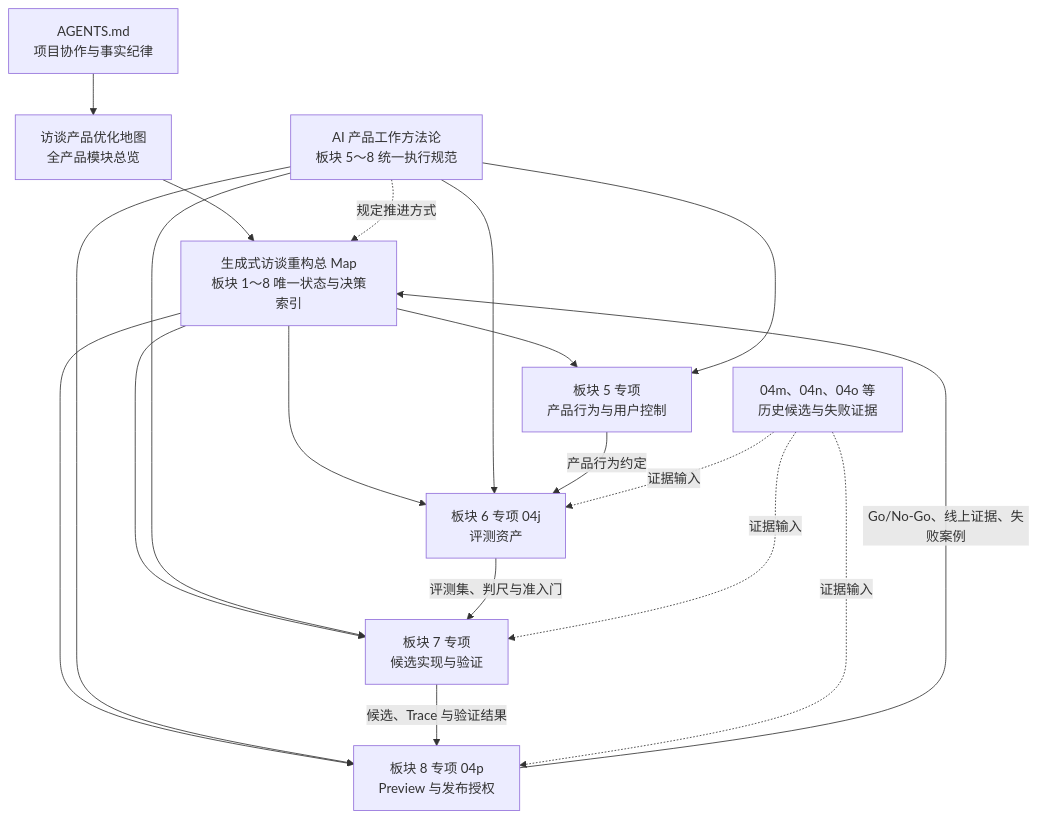
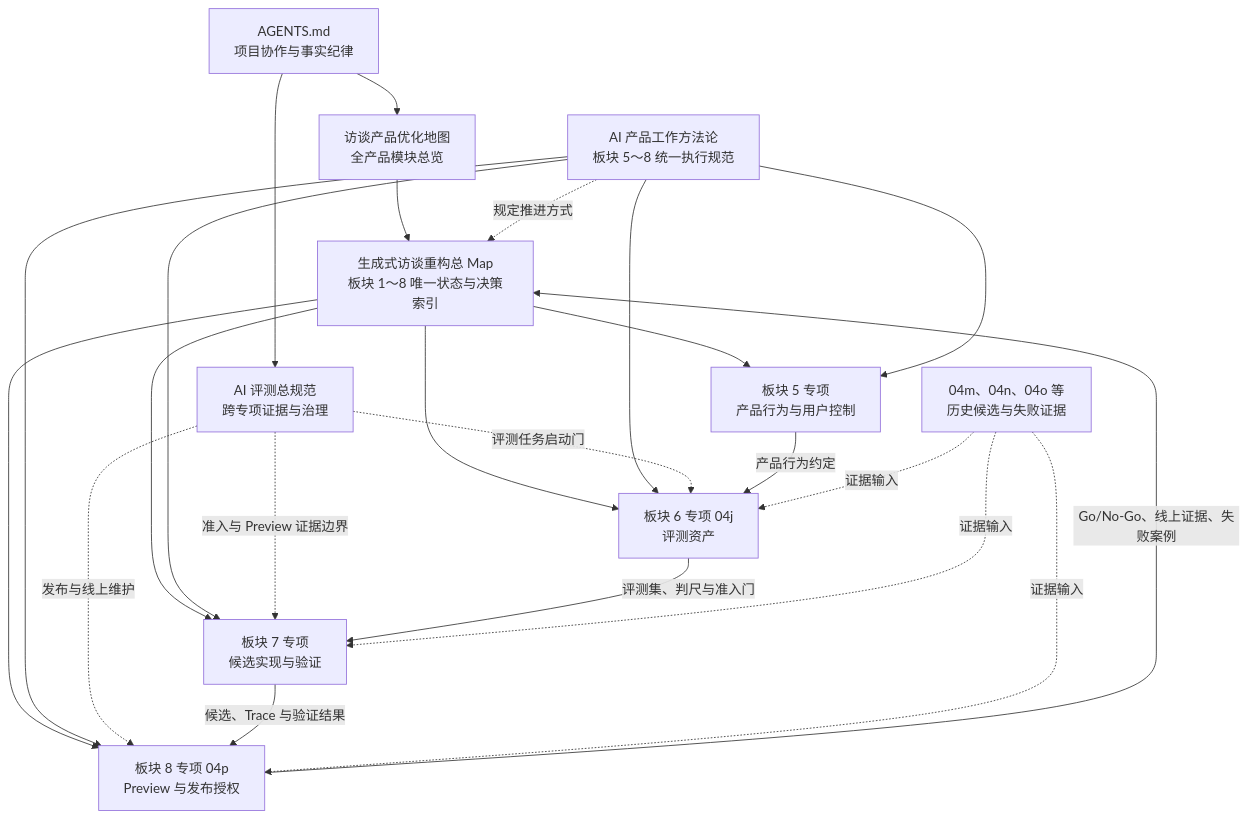
Before and after one commit to ZouZhiJie-code/happiness-system: the first of 2 diagrams in docs/interview-product-optimization-map.md, drawn with Mermaid. The commit also changed other lines of this file and 48 other files, not shown here.

````diff
--- a/docs/interview-product-optimization-map.md
+++ b/docs/interview-product-optimization-map.md
@@ -27,31 +33,37 @@
 ```mermaid
 flowchart TD
     A["AGENTS.md<br/>项目协作与事实纪律"]
     B["访谈产品优化地图<br/>全产品模块总览"]
     C["生成式访谈重构总 Map<br/>板块 1～8 唯一状态与决策索引"]
     M["AI 产品工作方法论<br/>板块 5～8 统一执行规范"]
+    E["AI 评测总规范<br/>跨专项证据与治理"]
 
     A --> B
     B --> C
+    A --> E
     M -. "规定推进方式" .-> C
 
     C --> P5["板块 5 专项<br/>产品行为与用户控制"]
     C --> P6["板块 6 专项 04j<br/>评测资产"]
     C --> P7["板块 7 专项<br/>候选实现与验证"]
     C --> P8["板块 8 专项 04p<br/>Preview 与发布授权"]
 
     M --> P5
     M --> P6
     M --> P7
     M --> P8
 
+    E -. "评测任务启动门" .-> P6
+    E -. "准入与 Preview 证据边界" .-> P7
+    E -. "发布与线上维护" .-> P8
+
     P5 -->|"产品行为约定"| P6
     P6 -->|"评测集、判尺与准入门"| P7
     P7 -->|"候选、Trace 与验证结果"| P8
     P8 -->|"Go/No-Go、线上证据、失败案例"| C
 
     H["04m、04n、04o 等<br/>历史候选与失败证据"]
     H -. "证据输入" .-> P6
     H -. "证据输入" .-> P7
     H -. "证据输入" .-> P8
 ```
````
